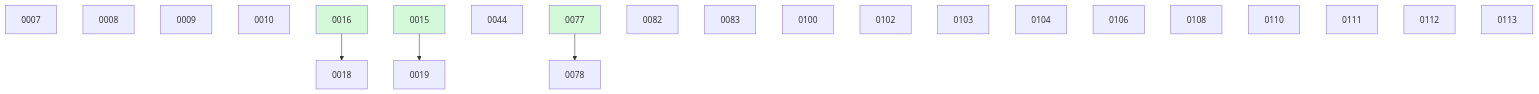
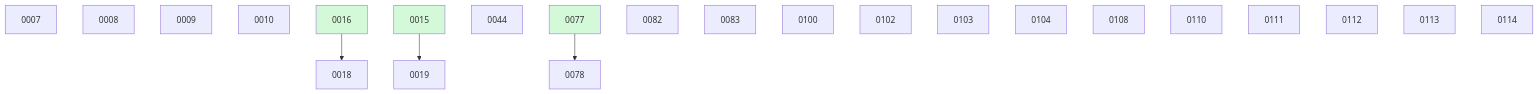
Before and after one commit to danielhanold/docket: the diagram in docs/changes/BOARD.md, drawn with Mermaid. The commit also changed other lines of this file, not shown here.

````diff
--- a/docs/changes/BOARD.md
+++ b/docs/changes/BOARD.md
@@ -45,27 +45,27 @@
 ```mermaid
 graph TD
   0007
   0008
   0009
   0010
   0016 --> 0018
   0015 --> 0019
   0044
   0077 --> 0078
   0082
   0083
   0100
   0102
   0103
   0104
-  0106
   0108
   0110
   0111
   0112
   0113
+  0114
   0015:::done
   0016:::done
   0077:::done
   classDef done fill:#d3f9d8;
 ```
````
